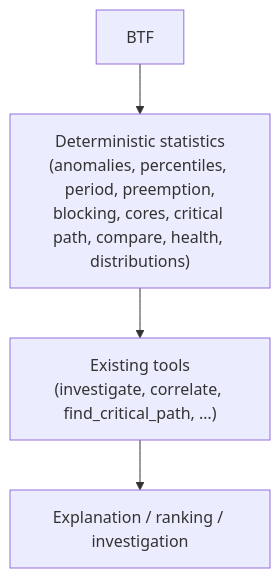
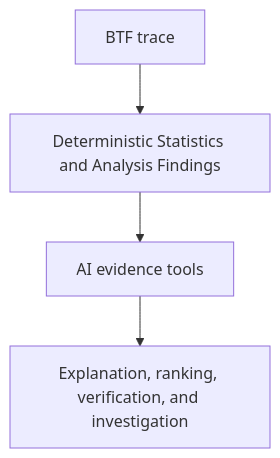
Before and after one commit to kuopinghsu/FreeRTOS-BTF-Trace: the third of 3 diagrams in BTFViewer/AI.md, drawn with Mermaid. The commit also changed other lines of this file and 22 other files, not shown here.

````diff
--- a/BTFViewer/AI.md
+++ b/BTFViewer/AI.md
@@ -1384,6 +1317,6 @@
 ```mermaid
 flowchart TD
-  btf[BTF] --> stats["Deterministic statistics<br/>(anomalies, percentiles, period, preemption,<br/>blocking, cores, critical path, compare, health, distributions)"]
-  stats --> tools["Existing tools<br/>(investigate, correlate, find_critical_path, …)"]
-  tools --> explain[Explanation / ranking / investigation]
+  btf["BTF trace"] --> stats["Deterministic Statistics and Analysis Findings"]
+  stats --> tools["AI evidence tools"]
+  tools --> explain["Explanation, ranking, verification, and investigation"]
 ```
````
